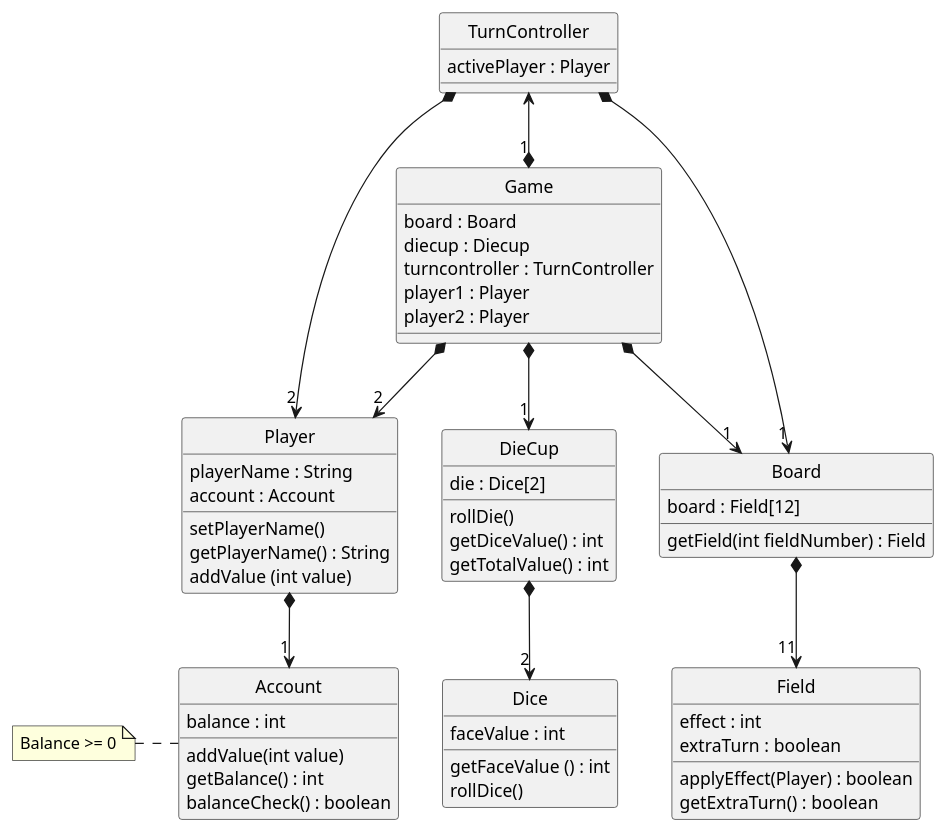
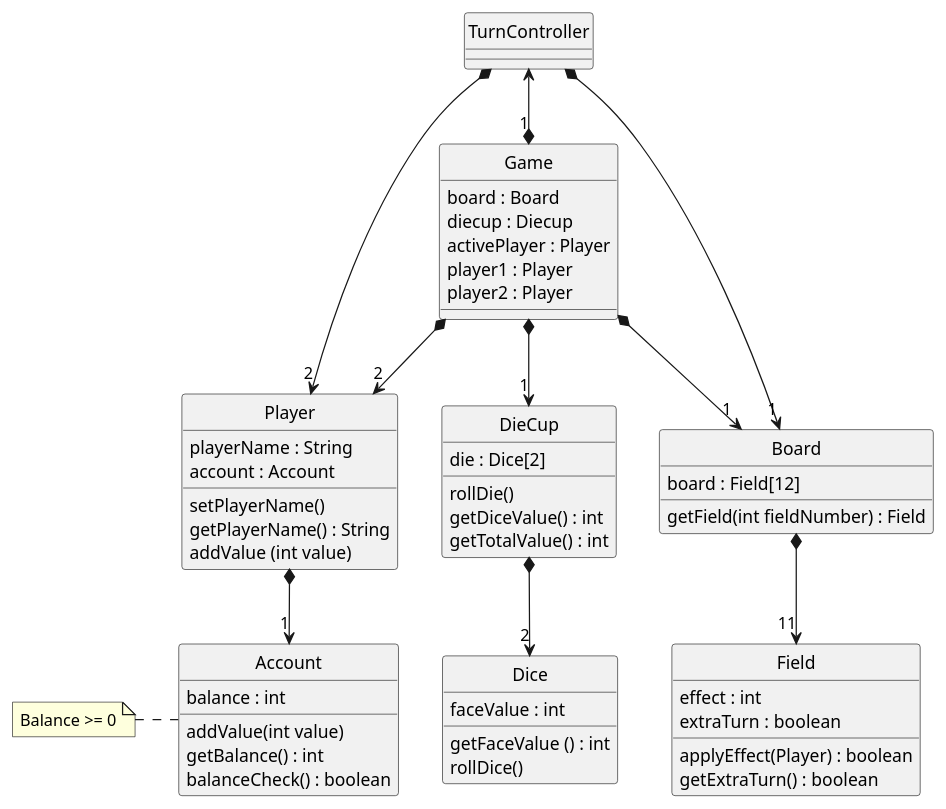
The diagram in src/main/resources/DesignClassDiagram.puml (PhilipCramer/CDIO_del2), drawn with PlantUML before and after one commit.

Commit message:
Reverted latest changes

```diff
--- a/src/main/resources/DesignClassDiagram.puml
+++ b/src/main/resources/DesignClassDiagram.puml
@@ -1,76 +1,73 @@
 @startuml ClassDiagram
 skinparam style strictuml
 
 class "Game" as Game {
     board : Board
     diecup : Diecup
-    turncontroller : TurnController
+    activePlayer : Player
     player1 : Player
     player2 : Player
 
 }
-class "TurnController" as TurnController {
-    activePlayer : Player
 
-}
 class "Player" as Player {
     playerName : String
     account : Account
 
     setPlayerName()
     getPlayerName() : String
     addValue (int value)
 
 }
 
 class "Account" as Account {
     balance : int
 
     addValue(int value)
     getBalance() : int
     balanceCheck() : boolean
 }
 note left
     Balance >= 0
     end note
 
 class "DieCup" as Diecup {
     die : Dice[2]
     
     rollDie()
     getDiceValue() : int
     getTotalValue() : int
 }
 
 class "Dice" as Dice {
     faceValue : int
 
     getFaceValue () : int
     rollDice()
 }
 
 class "Board" as Board {
     board : Field[12]
     
     getField(int fieldNumber) : Field
 }
 
 class "Field" as Field {
     effect : int
     extraTurn : boolean
 
     applyEffect(Player) : boolean
     getExtraTurn() : boolean
 }
 
 
 Player *--> "1" Account
 Game *--> "2" Player 
 Game *--> "1" Board
 Board  *--> "11" Field
 Game  *--> "1" Diecup
 Diecup *--> "2" Dice
 TurnController *--> "2" Player
 TurnController *--> "1" Board
 TurnController <--* "1" Game
 @enduml
```
